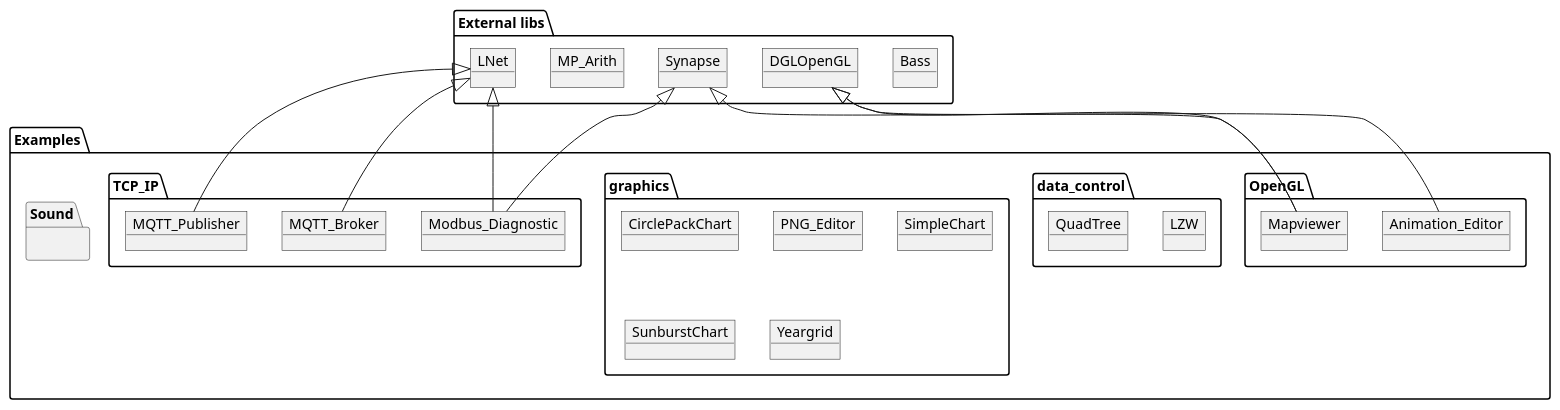
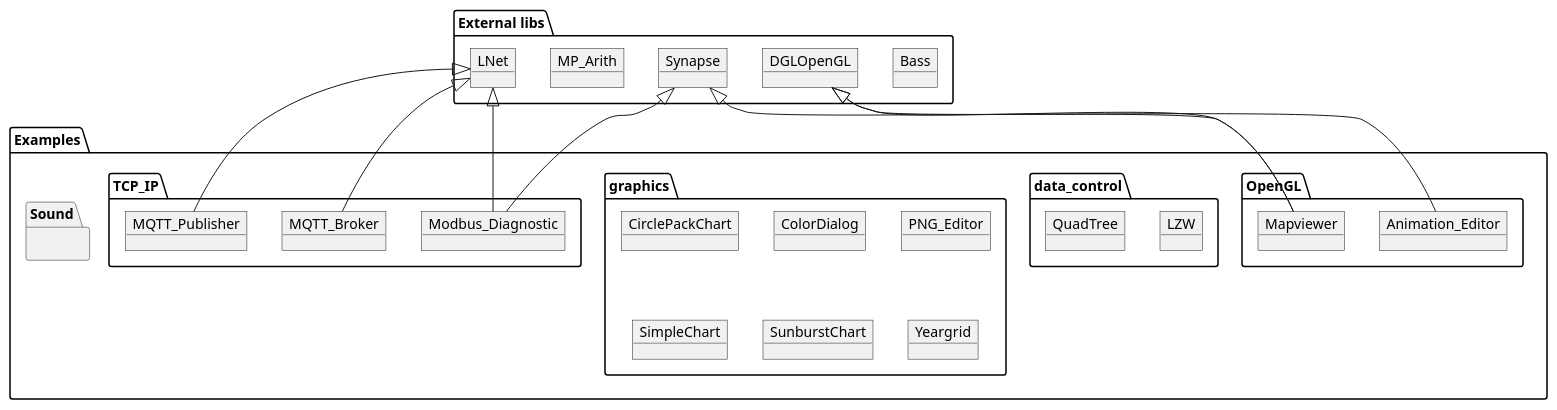
One commit to PascalCorpsman/Examples changed the diagram in overview.plantuml. Above: the diagram before and after it, drawn with PlantUML. The commit also changed 2 other files, not shown here.

```diff
--- a/overview.plantuml
+++ b/overview.plantuml
@@ -2,46 +2,47 @@
 @startuml
 
 package "Examples" {
   package "OpenGL" {
    object Animation_Editor
    object Mapviewer
   }
   package "data_control" {
     object LZW
     object QuadTree
   }
   package "graphics" {
    object CirclePackChart
+   object ColorDialog
    object PNG_Editor
    object SimpleChart
    object SunburstChart
    object Yeargrid
   }
   package "TCP_IP" {
    object Modbus_Diagnostic
    object MQTT_Broker
    object MQTT_Publisher
   }
   package "Sound" {
    
   }
 }
 
 package "External libs" 
 {
   object Bass
   object DGLOpenGL
   object LNet 
   object MP_Arith
   object Synapse
 
   Synapse <|-- Mapviewer 
   DGLOpenGL <|-- Mapviewer 
   DGLOpenGL <|-- Animation_Editor 
   Synapse <|-- Modbus_Diagnostic
   LNet <|-- Modbus_Diagnostic
   LNet <|-- MQTT_Publisher
   LNet <|-- MQTT_Broker
 }
 
 @enduml
```
